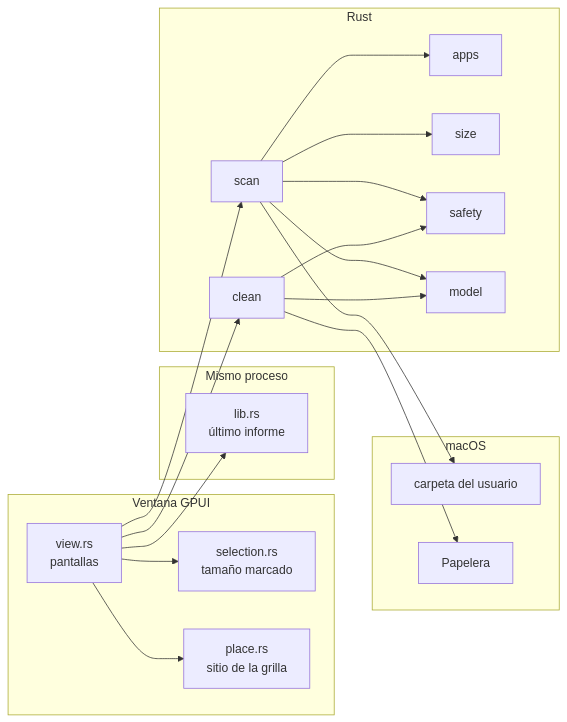
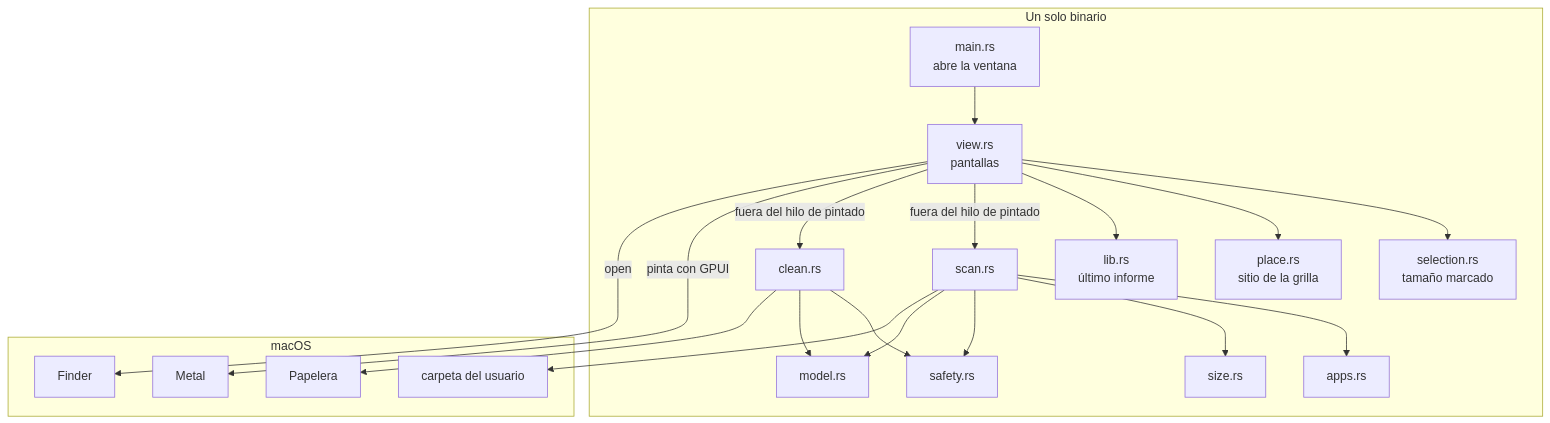
One commit to zknchile/LimpiarMyMac changed the diagram in README.md. Above: the diagram before and after it, drawn with Mermaid. The commit also changed other lines of this file and 22 other files, not shown here.

````diff
--- a/README.md
+++ b/README.md
@@ -75,40 +75,40 @@
 ```mermaid
-flowchart LR
-  subgraph ui [Ventana GPUI]
+flowchart TB
+  subgraph binario [Un solo binario]
+    main["main.rs<br/>abre la ventana"]
     view["view.rs<br/>pantallas"]
     selection["selection.rs<br/>tamaño marcado"]
     place["place.rs<br/>sitio de la grilla"]
-  end
-
-  subgraph state [Mismo proceso]
     session["lib.rs<br/>último informe"]
-  end
-
-  subgraph core [Rust]
-    scanmod[scan]
-    appsmod[apps]
-    sizemod[size]
-    safemod[safety]
-    cleanmod[clean]
-    modelmod[model]
+    scan["scan.rs"]
+    clean["clean.rs"]
+    apps["apps.rs"]
+    size["size.rs"]
+    safety["safety.rs"]
+    model["model.rs"]
   end
 
   subgraph host [macOS]
+    metal[Metal]
     disk[carpeta del usuario]
     trash[Papelera]
+    finder[Finder]
   end
 
+  main --> view
   view --> selection
   view --> place
   view --> session
-  view --> scanmod
-  view --> cleanmod
-  scanmod --> appsmod
-  scanmod --> sizemod
-  scanmod --> safemod
-  cleanmod --> safemod
-  scanmod --> modelmod
-  cleanmod --> modelmod
-  scanmod --> disk
-  cleanmod --> trash
+  view -->|fuera del hilo de pintado| scan
+  view -->|fuera del hilo de pintado| clean
+  view -->|pinta con GPUI| metal
+  view -->|open| finder
+  scan --> apps
+  scan --> size
+  scan --> safety
+  scan --> model
+  scan --> disk
+  clean --> safety
+  clean --> model
+  clean --> trash
 ```
````
